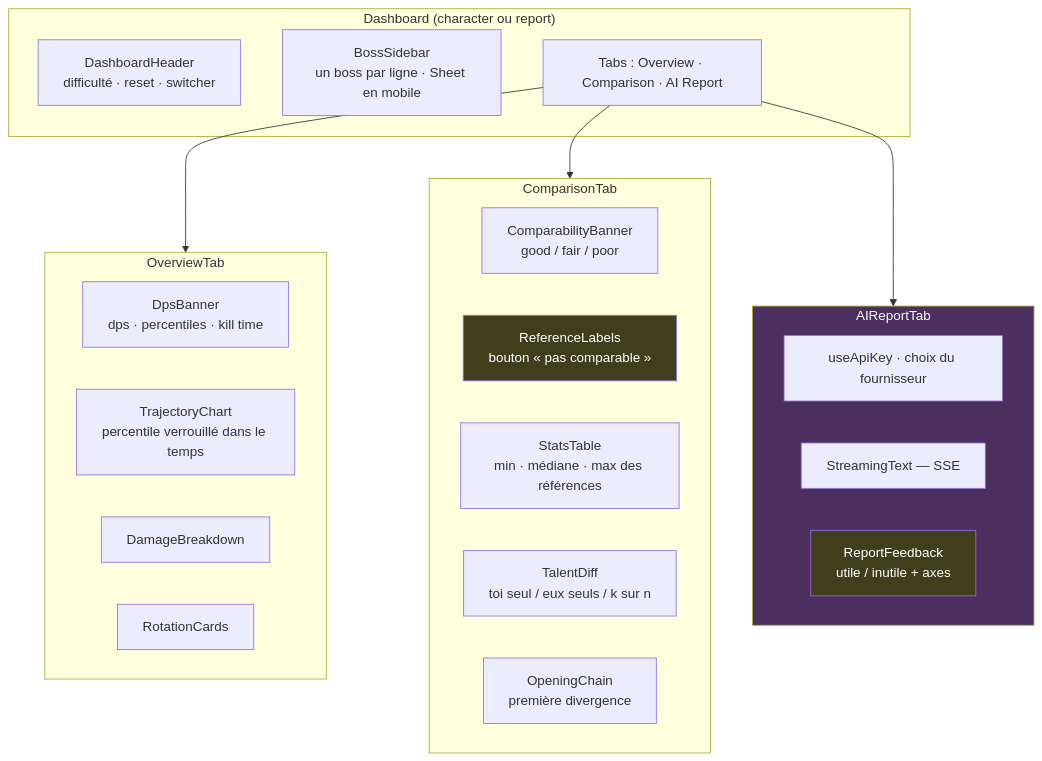
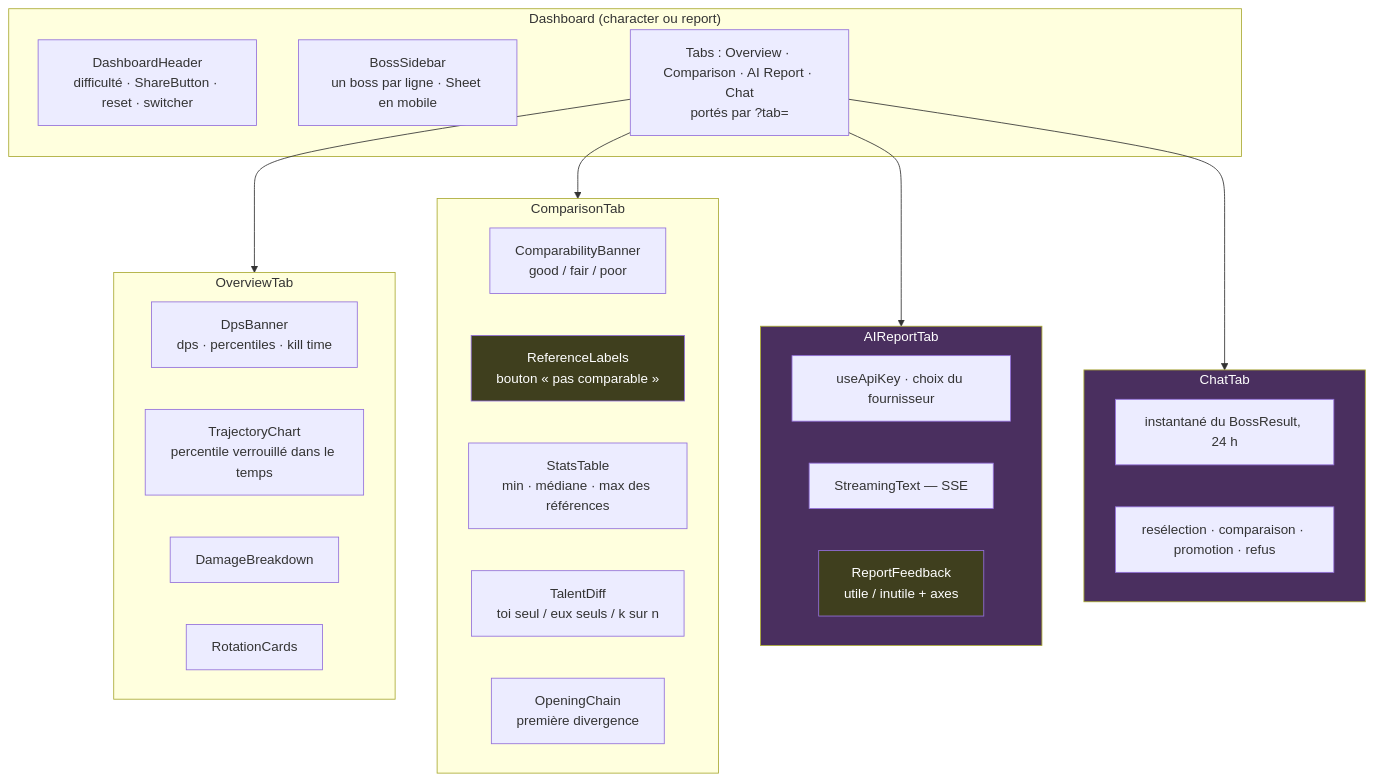
One commit to lafonth/LogLense changed the fourth of 4 diagrams in docs/02-ui-flows.md. Above: the diagram before and after it, drawn with Mermaid. The commit also changed other lines of this file and 39 other files, not shown here.

````diff
--- a/docs/02-ui-flows.md
+++ b/docs/02-ui-flows.md
@@ -111,37 +180,44 @@
 ```mermaid
 graph TB
     subgraph shell["Dashboard (character ou report)"]
-        HEAD[DashboardHeader<br/>difficulté · reset · switcher]
+        HEAD[DashboardHeader<br/>difficulté · ShareButton · reset · switcher]
         SIDE[BossSidebar<br/>un boss par ligne · Sheet en mobile]
-        TABS[Tabs : Overview · Comparison · AI Report]
+        TABS[Tabs : Overview · Comparison · AI Report · Chat<br/>portés par ?tab=]
     end
 
     TABS --> OV
     TABS --> CP
     TABS --> AIT
+    TABS --> CHAT
 
     subgraph OV["OverviewTab"]
         DPS[DpsBanner<br/>dps · percentiles · kill time]
         TRAJ[TrajectoryChart<br/>percentile verrouillé dans le temps]
         DMG[DamageBreakdown]
         ROT[RotationCards]
     end
 
     subgraph CP["ComparisonTab"]
         BAN[ComparabilityBanner<br/>good / fair / poor]
         REFL[ReferenceLabels<br/>bouton « pas comparable »]
         ST[StatsTable<br/>min · médiane · max des références]
         TD[TalentDiff<br/>toi seul / eux seuls / k sur n]
         OC[OpeningChain<br/>première divergence]
     end
 
     subgraph AIT["AIReportTab"]
         KEY[useApiKey · choix du fournisseur]
         STREAM[StreamingText — SSE]
         FB[ReportFeedback<br/>utile / inutile + axes]
     end
 
+    subgraph CHAT["ChatTab"]
+        SNAP[instantané du BossResult, 24 h]
+        TOOLS[resélection · comparaison · promotion · refus]
+    end
+
     style REFL fill:#3f3f1e,color:#fff
     style FB fill:#3f3f1e,color:#fff
     style AIT fill:#4a2f5f,color:#fff
+    style CHAT fill:#4a2f5f,color:#fff
 ```
````
